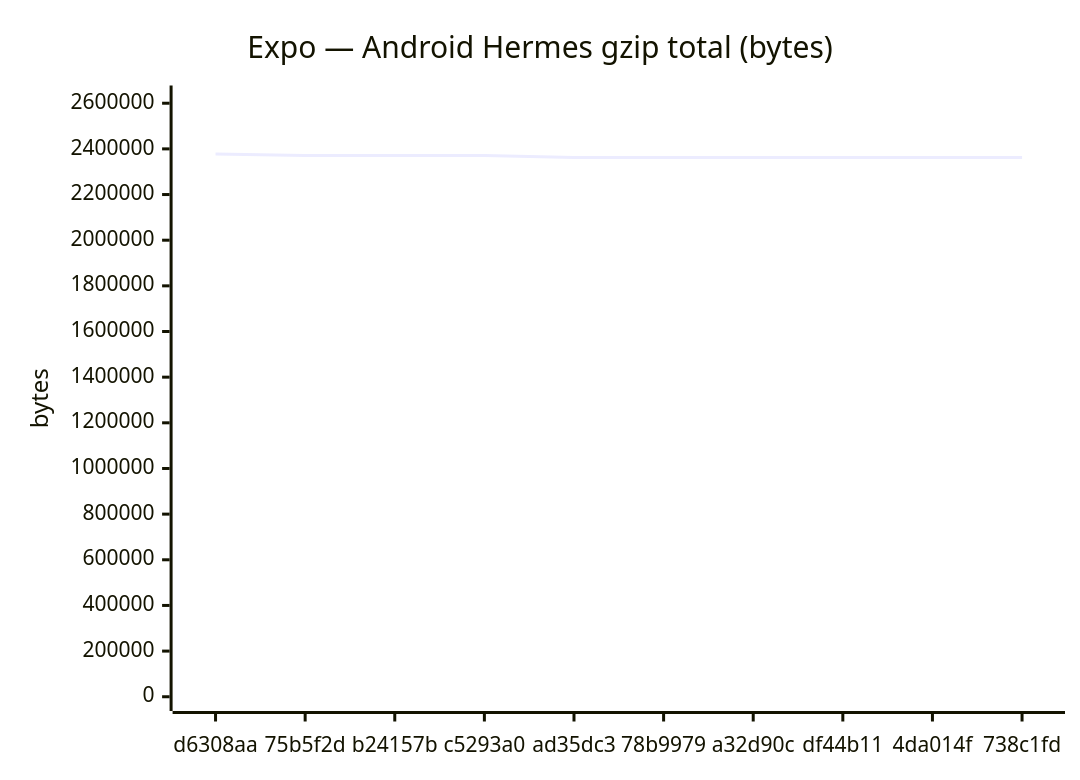
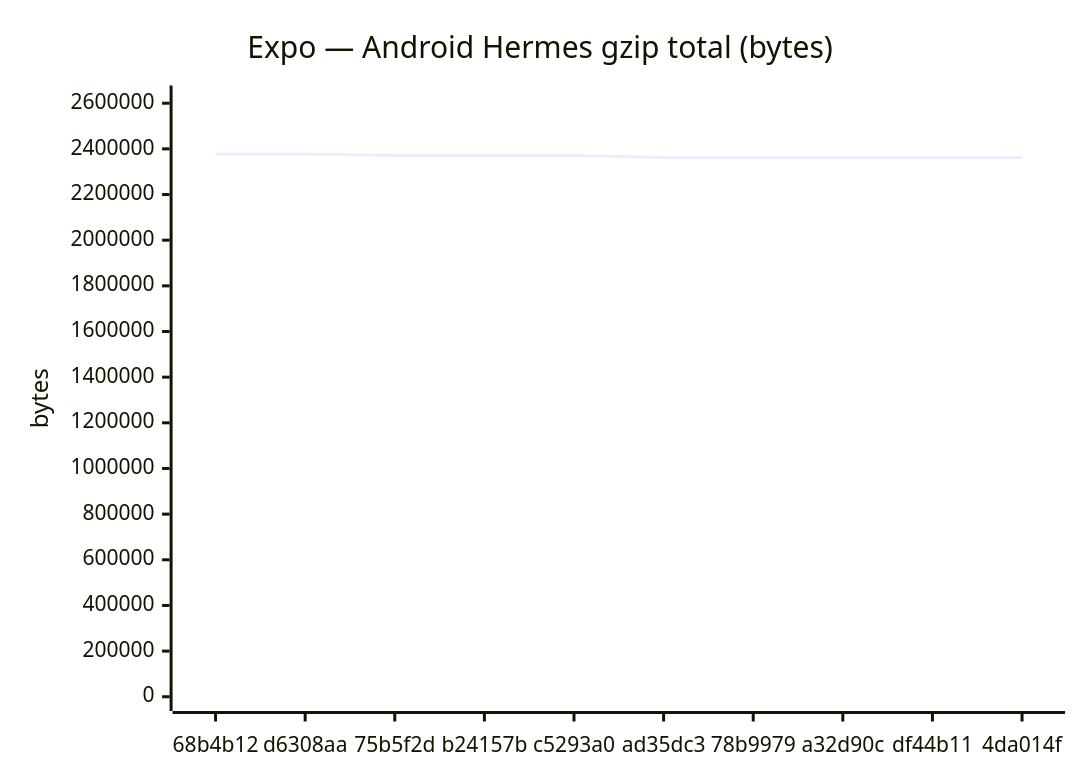
One commit to Metaheurist/Rianell changed the seventh of 24 diagrams in benchmarks/compare.md. Above: the diagram before and after it, drawn with Mermaid. The commit also changed other lines of this file and 14 other files, not shown here.

````diff
--- a/benchmarks/compare.md
+++ b/benchmarks/compare.md
@@ -116,7 +116,7 @@
 ```mermaid
 xychart-beta
     title "Expo — Android Hermes gzip total (bytes)"
-    x-axis ["d6308aa", "75b5f2d", "b24157b", "c5293a0", "ad35dc3", "78b9979", "a32d90c", "df44b11", "4da014f", "738c1fd"]
-    y-axis "bytes" 0 --> 2615237
-    line [2377488, 2370632, 2370632, 2370634, 2362082, 2362084, 2362047, 2362047, 2362048, 2362047]
+    x-axis ["68b4b12", "d6308aa", "75b5f2d", "b24157b", "c5293a0", "ad35dc3", "78b9979", "a32d90c", "df44b11", "4da014f"]
+    y-axis "bytes" 0 --> 2615238
+    line [2377489, 2377488, 2370632, 2370632, 2370634, 2362082, 2362084, 2362047, 2362047, 2362048]
 ```
````
